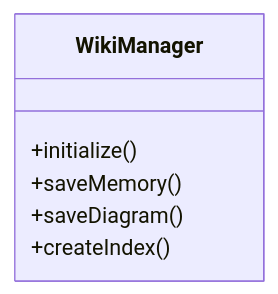
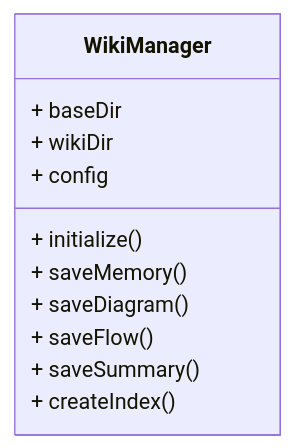
Before and after one commit to spanexx/MemoWikiV1: the diagram in .codewiki/diagrams/wiki-manager.mmd, drawn with Mermaid. The commit also changed other lines of this file and 114 other files, not shown here.

````diff
--- a/.codewiki/diagrams/wiki-manager.mmd
+++ b/.codewiki/diagrams/wiki-manager.mmd
@@ -2,9 +1,14 @@
 ```mermaid
 classDiagram
     class WikiManager {
-        +initialize()
-        +saveMemory()
-        +saveDiagram()
-        +createIndex()
+        + baseDir
+        + wikiDir
+        + config
+        + initialize()
+        + saveMemory()
+        + saveDiagram()
+        + saveFlow()
+        + saveSummary()
+        + createIndex()
     }
 ```
````
